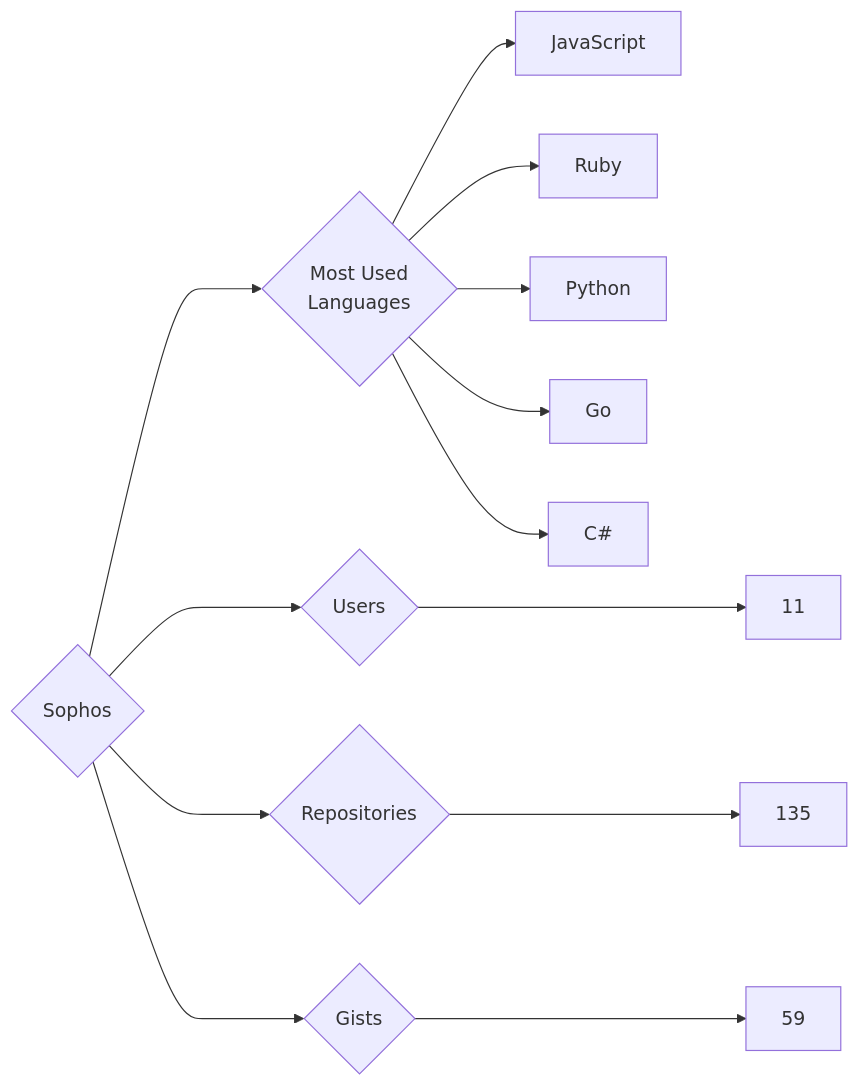
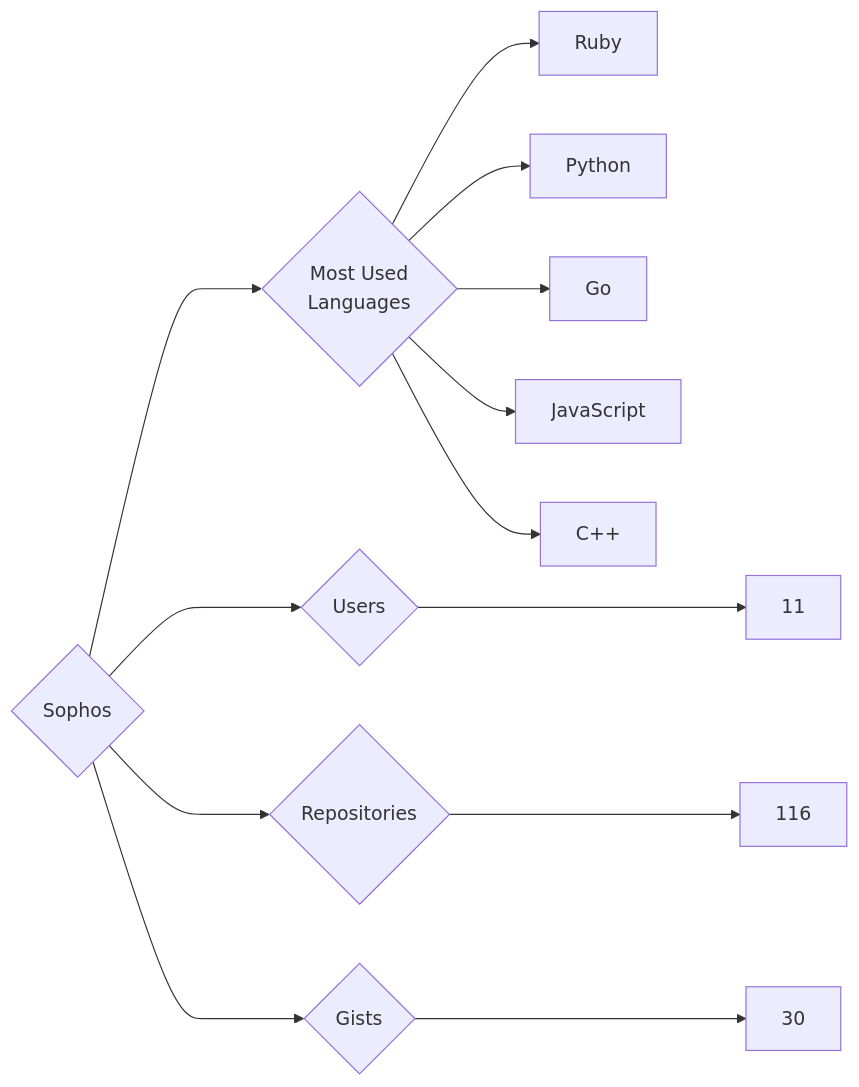
The diagram in targets/Sophos/README.md (trickest/insiders), drawn with Mermaid before and after one commit. The commit also changed 829 other files, not shown here.

````diff
--- a/targets/Sophos/README.md
+++ b/targets/Sophos/README.md
@@ -3,13 +3,13 @@
 ```mermaid
 graph LR
 COMPANY_NAME{Sophos}
 COMPANY_NAME ---> U{Users} ---> UN[11]
-COMPANY_NAME ---> R{Repositories} ---> RN[135]
-COMPANY_NAME ---> G{Gists} ---> GN[59]
+COMPANY_NAME ---> R{Repositories} ---> RN[116]
+COMPANY_NAME ---> G{Gists} ---> GN[30]
 COMPANY_NAME ---> ML{Most Used<br>Languages}
-ML --> JavaScript[JavaScript]
 ML --> Ruby[Ruby]
 ML --> Python[Python]
 ML --> Go[Go]
-ML --> C#[C#]
+ML --> JavaScript[JavaScript]
+ML --> C++[C++]
 ```
````
